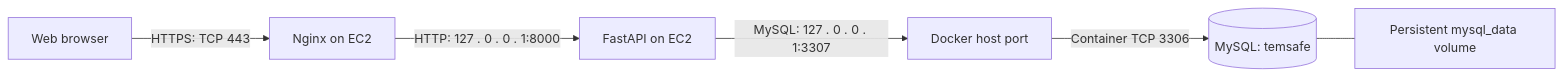
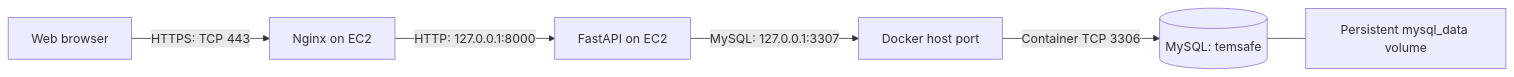
One commit to nikitsya/TempSafe changed the first of 2 diagrams in docs/operations/database-connections.md. Above: the diagram before and after it, drawn with Mermaid. The commit also changed other lines of this file and 26 other files, not shown here.

````diff
--- a/docs/operations/database-connections.md
+++ b/docs/operations/database-connections.md
@@ -34,8 +41,8 @@
 ```mermaid
 flowchart LR
     Browser[Web browser] -->|HTTPS: TCP 443| Nginx[Nginx on EC2]
-    Nginx -->|HTTP: 127 . 0 . 0 . 1:8000| API[FastAPI on EC2]
-    API -->|MySQL: 127 . 0 . 0 . 1:3307| Port[Docker host port]
+    Nginx -->|HTTP: 127.0.0.1:8000| API[FastAPI on EC2]
+    API -->|MySQL: 127.0.0.1:3307| Port[Docker host port]
     Port -->|Container TCP 3306| DB[(MySQL: temsafe)]
     DB --- Volume[Persistent mysql_data volume]
 ```
````
